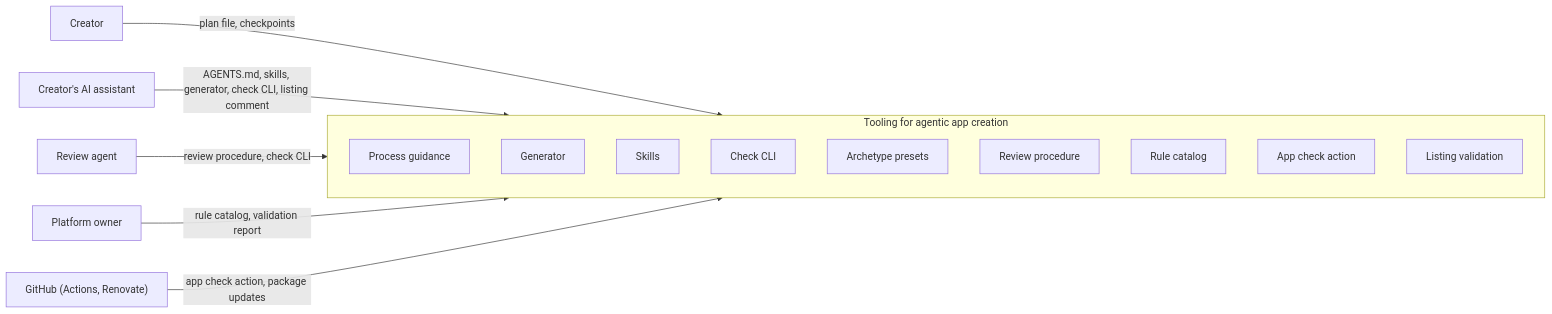
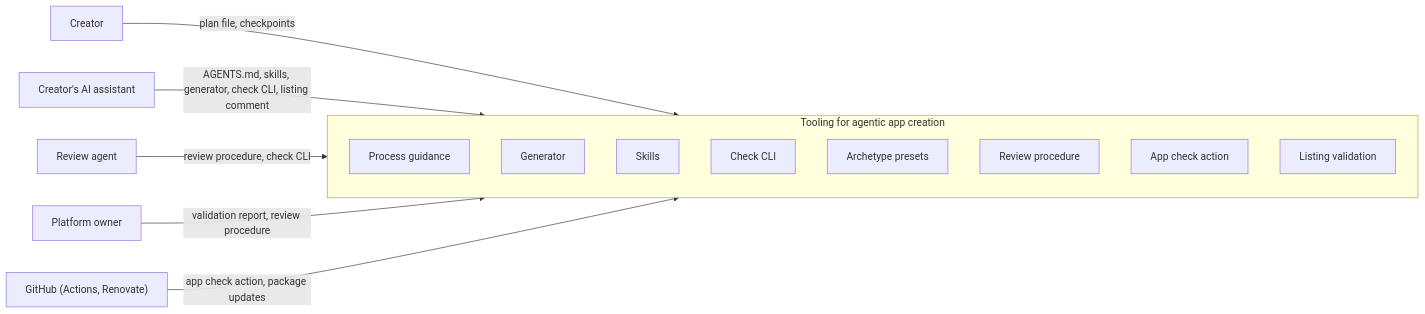
One commit to lernapps/tooling changed the diagram in docs/arc42/03-system-context.arc42.md. Above: the diagram before and after it, drawn with Mermaid. The commit also changed other lines of this file and 13 other files, not shown here.

First line of the commit message:
docs(arc42): rework after the owner's review

````diff
--- a/docs/arc42/03-system-context.arc42.md
+++ b/docs/arc42/03-system-context.arc42.md
@@ -22,24 +22,23 @@
 ```mermaid
 flowchart LR
     actor-creator["Creator"]
     actor-assistant["Creator's AI assistant"]
     actor-owner["Platform owner"]
     actor-review-agent["Review agent"]
     actor-github["GitHub (Actions, Renovate)"]
     subgraph tooling["Tooling for agentic app creation"]
         bb-process-guidance["Process guidance"]
         bb-generator["Generator"]
         bb-skills["Skills"]
         bb-check-cli["Check CLI"]
         bb-archetypes["Archetype presets"]
         bb-review-procedure["Review procedure"]
-        bb-rule-catalog["Rule catalog"]
         bb-app-check-action["App check action"]
         bb-listing-validation["Listing validation"]
     end
     actor-creator -->|"plan file, checkpoints"| tooling
     actor-assistant -->|"AGENTS.md, skills, generator, check CLI, listing comment"| tooling
     actor-review-agent -->|"review procedure, check CLI"| tooling
-    actor-owner -->|"rule catalog, validation report"| tooling
+    actor-owner -->|"validation report, review procedure"| tooling
     actor-github -->|"app check action, package updates"| tooling
 ```
````
